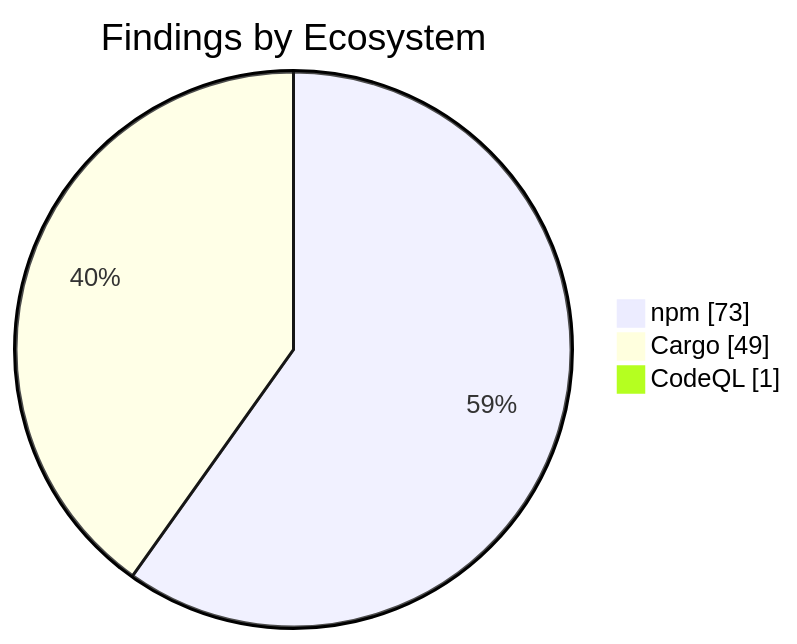
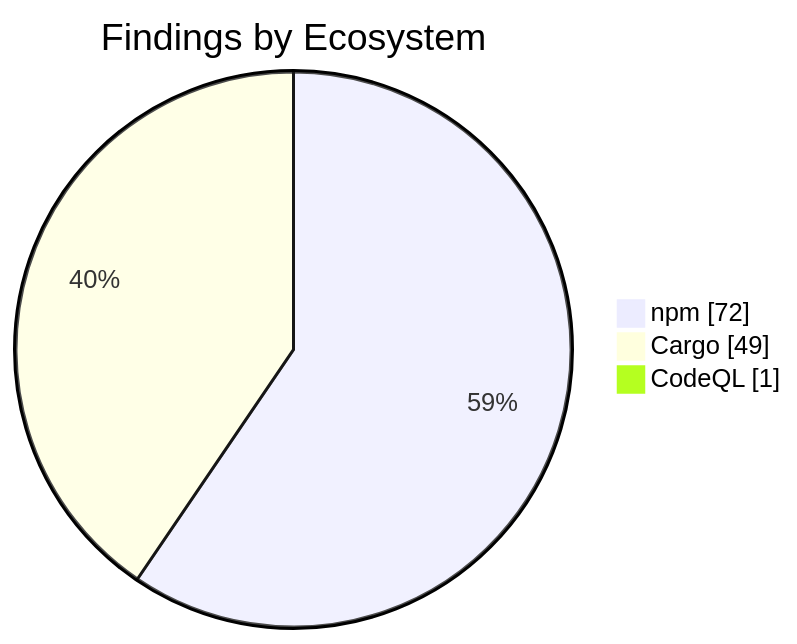
Before and after one commit to KBVE/kbve: the second of 2 diagrams in apps/kbve/astro-kbve/src/content/docs/dashboard/security.mdx, drawn with Mermaid. The commit also changed other lines of this file and 8 other files, not shown here.

````diff
--- a/apps/kbve/astro-kbve/src/content/docs/dashboard/security.mdx
+++ b/apps/kbve/astro-kbve/src/content/docs/dashboard/security.mdx
@@ -73,7 +73,7 @@
 ```mermaid
 pie showData
     title Findings by Ecosystem
-    "npm" : 73
+    "npm" : 72
     "Cargo" : 49
     "CodeQL" : 1
 ```
````
